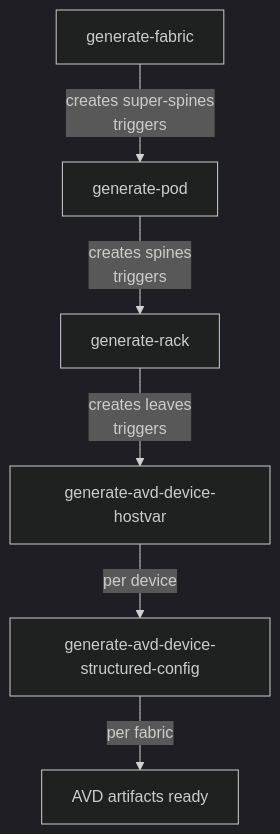
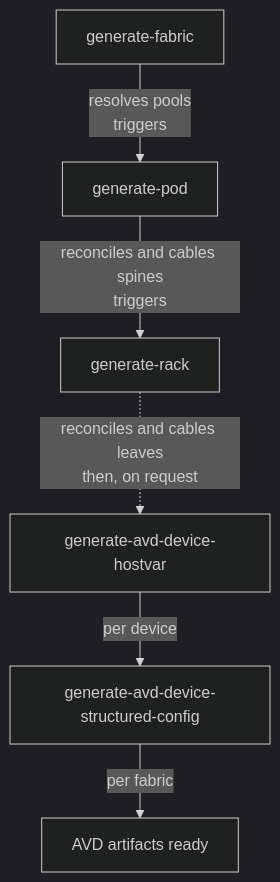
The diagram in docs/docs/provision-first-fabric.md (opsmill/infrahub-network-field-day), drawn with Mermaid (dark theme) before and after one commit. The commit also changed other lines of this file and 17 other files, not shown here.

````diff
--- a/docs/docs/provision-first-fabric.md
+++ b/docs/docs/provision-first-fabric.md
@@ -18,8 +18,8 @@
 ```mermaid
 flowchart TD
-    A[generate-fabric] -->|creates super-spines<br/>triggers| B[generate-pod]
-    B -->|creates spines<br/>triggers| C[generate-rack]
-    C -->|creates leaves<br/>triggers| D[generate-avd-device-hostvar]
+    A[generate-fabric] -->|resolves pools<br/>triggers| B[generate-pod]
+    B -->|reconciles and cables spines<br/>triggers| C[generate-rack]
+    C -.->|reconciles and cables leaves<br/>then, on request| D[generate-avd-device-hostvar]
     D -->|per device| E[generate-avd-device-structured-config]
     E -->|per fabric| F[AVD artifacts ready]
 ```
````
